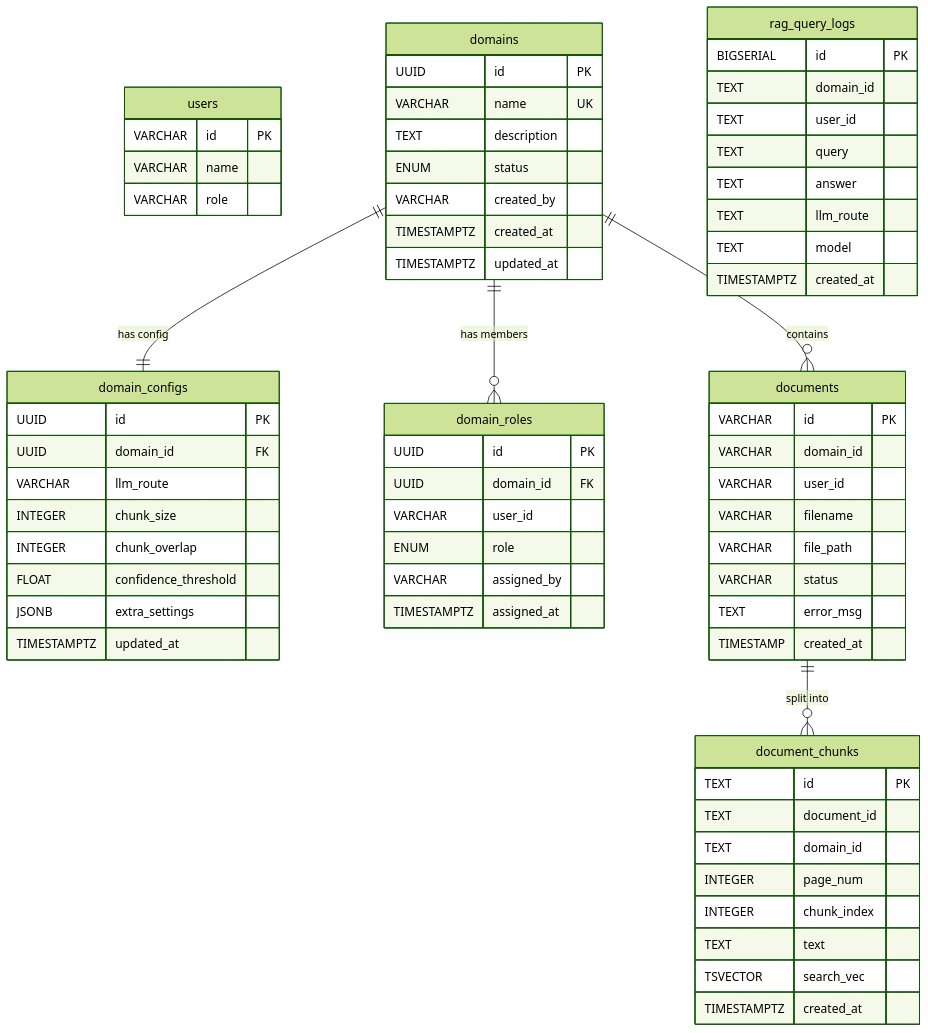
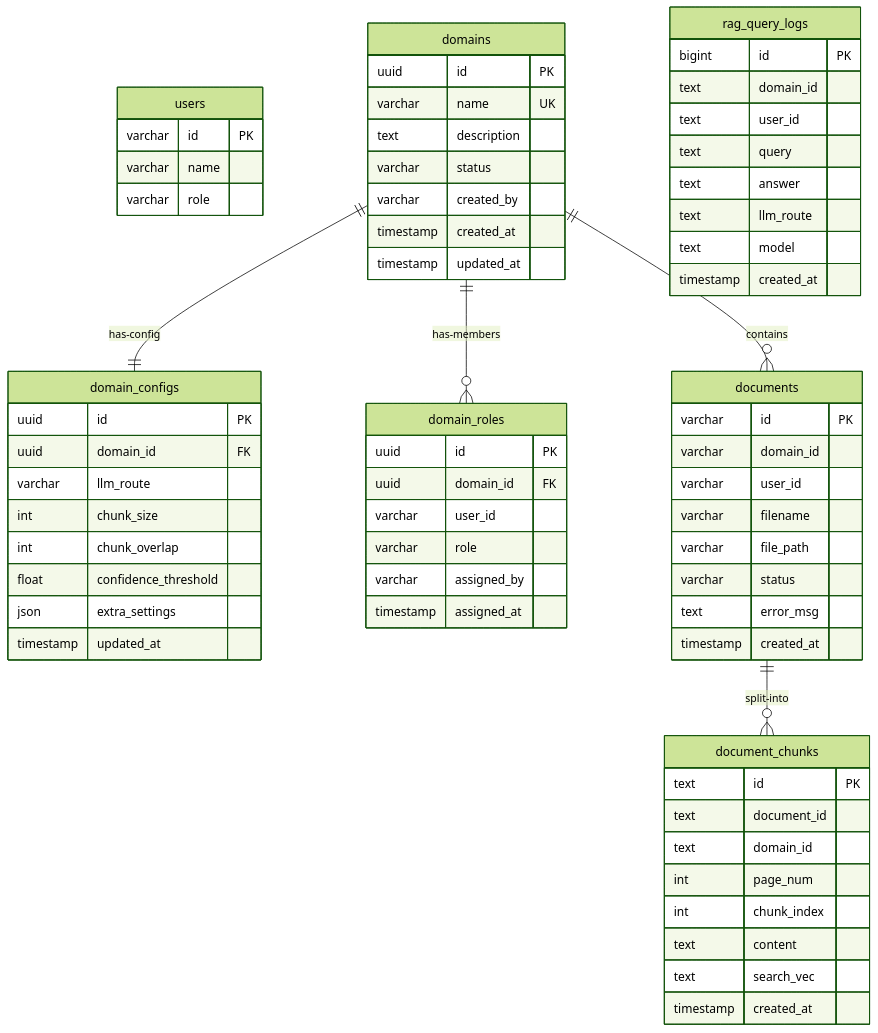
The fifth of 6 diagrams in README.md (Kyrollo/Chatbot-Fixed-Solutions-Rag-System), drawn with Mermaid (forest theme) before and after one commit.

Commit message:
Solve problem in render Entity Relationship Diagram

````diff
--- a/README.md
+++ b/README.md
@@ -516,76 +516,76 @@
 ```mermaid
 erDiagram
     users {
-        VARCHAR id PK
-        VARCHAR name
-        VARCHAR role
+        varchar id PK
+        varchar name
+        varchar role
     }
 
     domains {
-        UUID id PK
-        VARCHAR name UK
-        TEXT description
-        ENUM status
-        VARCHAR created_by
-        TIMESTAMPTZ created_at
-        TIMESTAMPTZ updated_at
+        uuid id PK
+        varchar name UK
+        text description
+        varchar status
+        varchar created_by
+        timestamp created_at
+        timestamp updated_at
     }
 
     domain_configs {
-        UUID id PK
-        UUID domain_id FK
-        VARCHAR llm_route
-        INTEGER chunk_size
-        INTEGER chunk_overlap
-        FLOAT confidence_threshold
-        JSONB extra_settings
-        TIMESTAMPTZ updated_at
+        uuid id PK
+        uuid domain_id FK
+        varchar llm_route
+        int chunk_size
+        int chunk_overlap
+        float confidence_threshold
+        json extra_settings
+        timestamp updated_at
     }
 
     domain_roles {
-        UUID id PK
-        UUID domain_id FK
-        VARCHAR user_id
-        ENUM role
-        VARCHAR assigned_by
-        TIMESTAMPTZ assigned_at
+        uuid id PK
+        uuid domain_id FK
+        varchar user_id
+        varchar role
+        varchar assigned_by
+        timestamp assigned_at
     }
 
     documents {
-        VARCHAR id PK
-        VARCHAR domain_id
-        VARCHAR user_id
-        VARCHAR filename
-        VARCHAR file_path
-        VARCHAR status
-        TEXT error_msg
-        TIMESTAMP created_at
+        varchar id PK
+        varchar domain_id
+        varchar user_id
+        varchar filename
+        varchar file_path
+        varchar status
+        text error_msg
+        timestamp created_at
     }
 
     document_chunks {
-        TEXT id PK
-        TEXT document_id
-        TEXT domain_id
-        INTEGER page_num
-        INTEGER chunk_index
-        TEXT text
-        TSVECTOR search_vec
-        TIMESTAMPTZ created_at
+        text id PK
+        text document_id
+        text domain_id
+        int page_num
+        int chunk_index
+        text content
+        text search_vec
+        timestamp created_at
     }
 
     rag_query_logs {
-        BIGSERIAL id PK
-        TEXT domain_id
-        TEXT user_id
-        TEXT query
-        TEXT answer
-        TEXT llm_route
-        TEXT model
-        TIMESTAMPTZ created_at
+        bigint id PK
+        text domain_id
+        text user_id
+        text query
+        text answer
+        text llm_route
+        text model
+        timestamp created_at
     }
 
-    domains ||--|| domain_configs : "has config"
-    domains ||--o{ domain_roles : "has members"
+    domains ||--|| domain_configs : "has-config"
+    domains ||--o{ domain_roles : "has-members"
     domains ||--o{ documents : "contains"
-    documents ||--o{ document_chunks : "split into"
+    documents ||--o{ document_chunks : "split-into"
 ```
````
